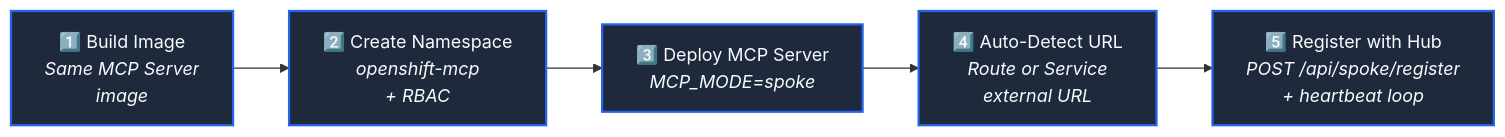
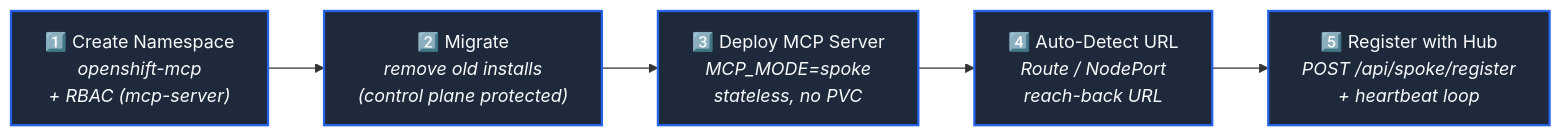
Before and after one commit to cskaruppu/Openshift-mcp-server: the eighth of 9 diagrams in README.md, drawn with Mermaid. The commit also changed other lines of this file and 1 other file, not shown here.

First line of the commit message:
docs: update README + architecture reference for two-plane stateless design

````diff
--- a/README.md
+++ b/README.md
@@ -519,10 +556,10 @@
 ```mermaid
 flowchart LR
-    A["1️⃣ Build Image<br/><i>Same MCP Server<br/>image</i>"] --> B["2️⃣ Create Namespace<br/><i>openshift-mcp<br/>+ RBAC</i>"]
-    B --> C["3️⃣ Deploy MCP Server<br/><i>MCP_MODE=spoke</i>"]
-    C --> D["4️⃣ Auto-Detect URL<br/><i>Route or Service<br/>external URL</i>"]
+    A["1️⃣ Create Namespace<br/><i>openshift-mcp<br/>+ RBAC (mcp-server)</i>"] --> B["2️⃣ Migrate<br/><i>remove old installs<br/>(control plane protected)</i>"]
+    B --> C["3️⃣ Deploy MCP Server<br/><i>MCP_MODE=spoke<br/>stateless, no PVC</i>"]
+    C --> D["4️⃣ Auto-Detect URL<br/><i>Route / NodePort<br/>reach-back URL</i>"]
     D --> E["5️⃣ Register with Hub<br/><i>POST /api/spoke/register<br/>+ heartbeat loop</i>"]
 
     classDef step fill:#1E293B,stroke:#2563EB,color:#F8FAFC,stroke-width:2px
     class A,B,C,D,E step
 ```
````
